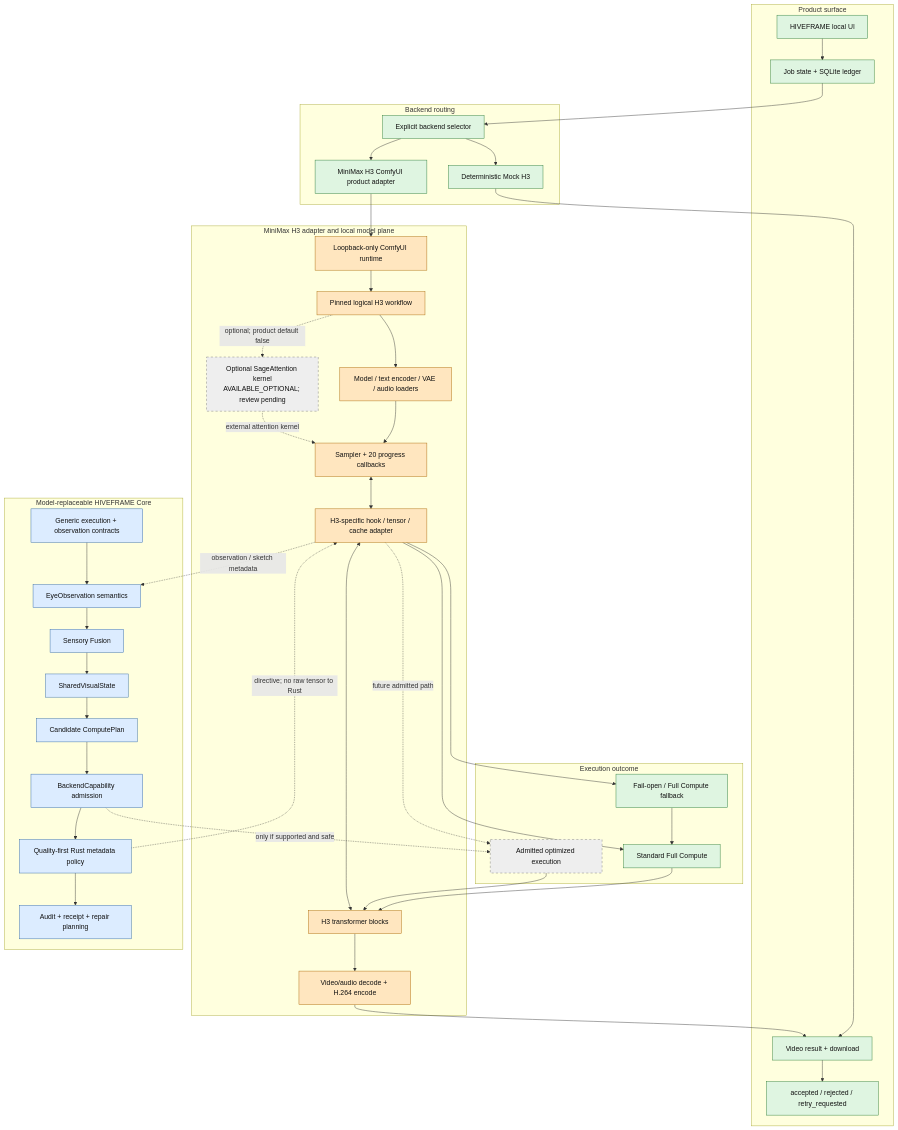
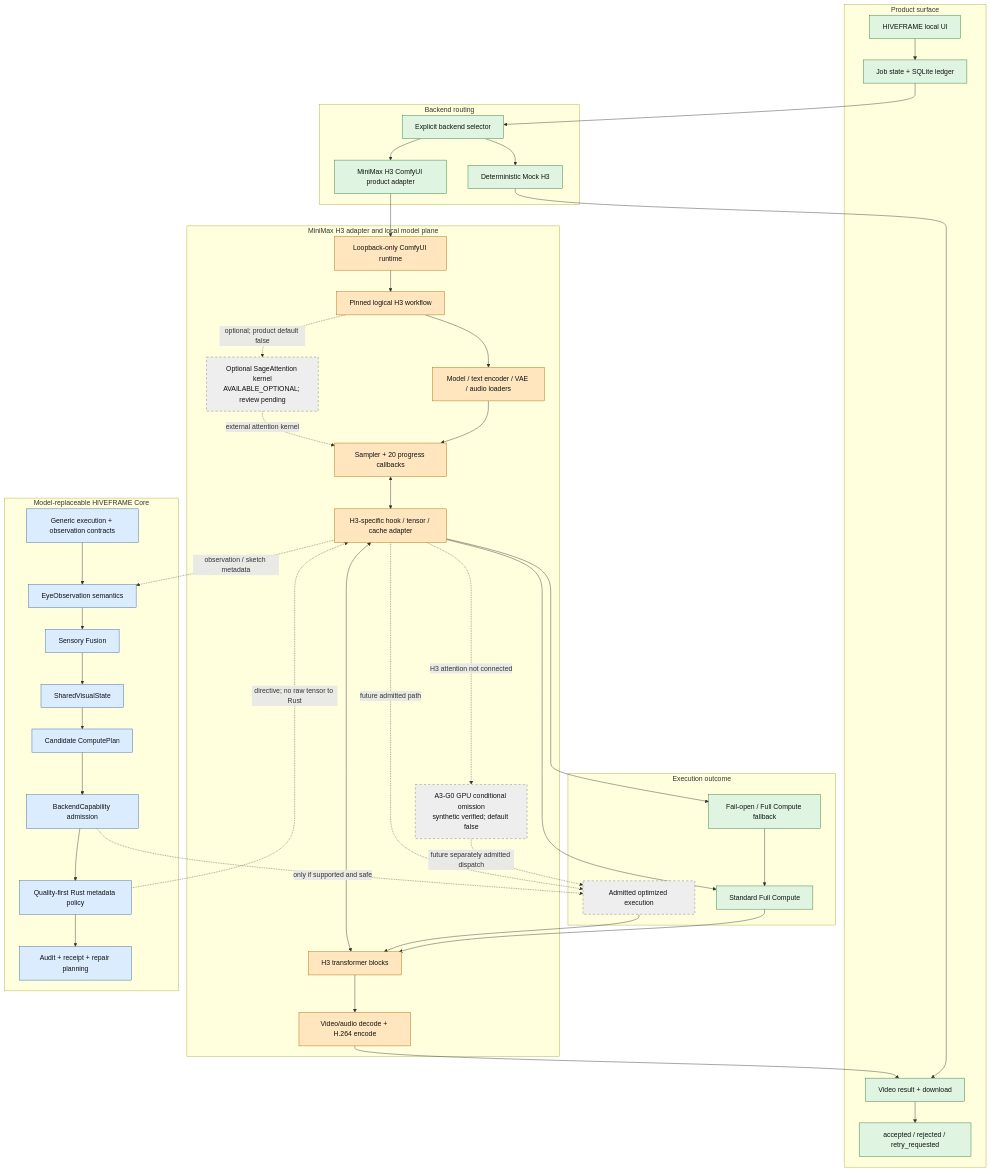
The first of 4 diagrams in docs/HIVEFRAME_SYSTEM_MAP.md (ksse29077-byte/HIVEFRAME), drawn with Mermaid before and after one commit. The commit also changed other lines of this file and 4 other files, not shown here.

Commit message:
docs(knowledge): record A3-G0 conditional omission evidence

````diff
--- a/docs/HIVEFRAME_SYSTEM_MAP.md
+++ b/docs/HIVEFRAME_SYSTEM_MAP.md
@@ -28,78 +28,81 @@
 ```mermaid
 flowchart TB
     subgraph PRODUCT["Product surface"]
         UI["HIVEFRAME local UI"]
         JOBS["Job state + SQLite ledger"]
         RESULT["Video result + download"]
         FEEDBACK["accepted / rejected / retry_requested"]
         UI --> JOBS
         RESULT --> FEEDBACK
     end
 
     subgraph ROUTING["Backend routing"]
         ROUTER["Explicit backend selector"]
         MOCK["Deterministic Mock H3"]
         H3PRODUCT["MiniMax H3 ComfyUI product adapter"]
     end
 
     subgraph H3["MiniMax H3 adapter and local model plane"]
         LOOPBACK["Loopback-only ComfyUI runtime"]
         WORKFLOW["Pinned logical H3 workflow"]
         LOADERS["Model / text encoder / VAE / audio loaders"]
         SAMPLER["Sampler + 20 progress callbacks"]
         SAGE["Optional SageAttention kernel\nAVAILABLE_OPTIONAL; review pending"]
         DIT["H3 transformer blocks"]
         DECODE["Video/audio decode + H.264 encode"]
         H3HOOKS["H3-specific hook / tensor / cache adapter"]
+        GPUCOND["A3-G0 GPU conditional omission\nsynthetic verified; default false"]
 
         H3PRODUCT --> LOOPBACK --> WORKFLOW
         WORKFLOW --> LOADERS --> SAMPLER
         WORKFLOW -. "optional; product default false" .-> SAGE
         SAGE -. "external attention kernel" .-> SAMPLER
         SAMPLER <--> H3HOOKS
         DIT <--> H3HOOKS
+        H3HOOKS -. "H3 attention not connected" .-> GPUCOND
     end
 
     subgraph CORE["Model-replaceable HIVEFRAME Core"]
         CONTRACT["Generic execution + observation contracts"]
         EYES["EyeObservation semantics"]
         FUSION["Sensory Fusion"]
         STATE["SharedVisualState"]
         PLAN["Candidate ComputePlan"]
         CAP["BackendCapability admission"]
         POLICY["Quality-first Rust metadata policy"]
         AUDIT["Audit + receipt + repair planning"]
 
         CONTRACT --> EYES --> FUSION --> STATE --> PLAN --> CAP --> POLICY --> AUDIT
     end
 
     subgraph SAFE["Execution outcome"]
         FULL["Standard Full Compute"]
         OPT["Admitted optimized execution"]
         FALLBACK["Fail-open / Full Compute fallback"]
     end
 
     JOBS --> ROUTER
     ROUTER --> MOCK --> RESULT
     ROUTER --> H3PRODUCT
     DECODE --> RESULT
 
     H3HOOKS -. "observation / sketch metadata" .-> EYES
     POLICY -. "directive; no raw tensor to Rust" .-> H3HOOKS
     CAP -. "only if supported and safe" .-> OPT
     H3HOOKS --> FULL
+    GPUCOND -. "future separately admitted dispatch" .-> OPT
     H3HOOKS -. "future admitted path" .-> OPT
     H3HOOKS --> FALLBACK --> FULL
     FULL --> DIT
     OPT --> DIT
     DIT --> DECODE
 
     classDef product fill:#dff5e1,stroke:#287a34,color:#111;
     classDef core fill:#dcecff,stroke:#2d65a3,color:#111;
     classDef adapter fill:#ffe6bf,stroke:#a96600,color:#111;
     classDef planned fill:#eeeeee,stroke:#777,color:#111,stroke-dasharray: 5 5;
     class UI,JOBS,RESULT,FEEDBACK,ROUTER,MOCK,H3PRODUCT,FULL,FALLBACK product;
     class CONTRACT,EYES,FUSION,STATE,PLAN,CAP,POLICY,AUDIT core;
     class LOOPBACK,WORKFLOW,LOADERS,SAMPLER,DIT,DECODE,H3HOOKS adapter;
-    class OPT,SAGE planned;
+    class OPT,SAGE,GPUCOND planned;
 ```
````
